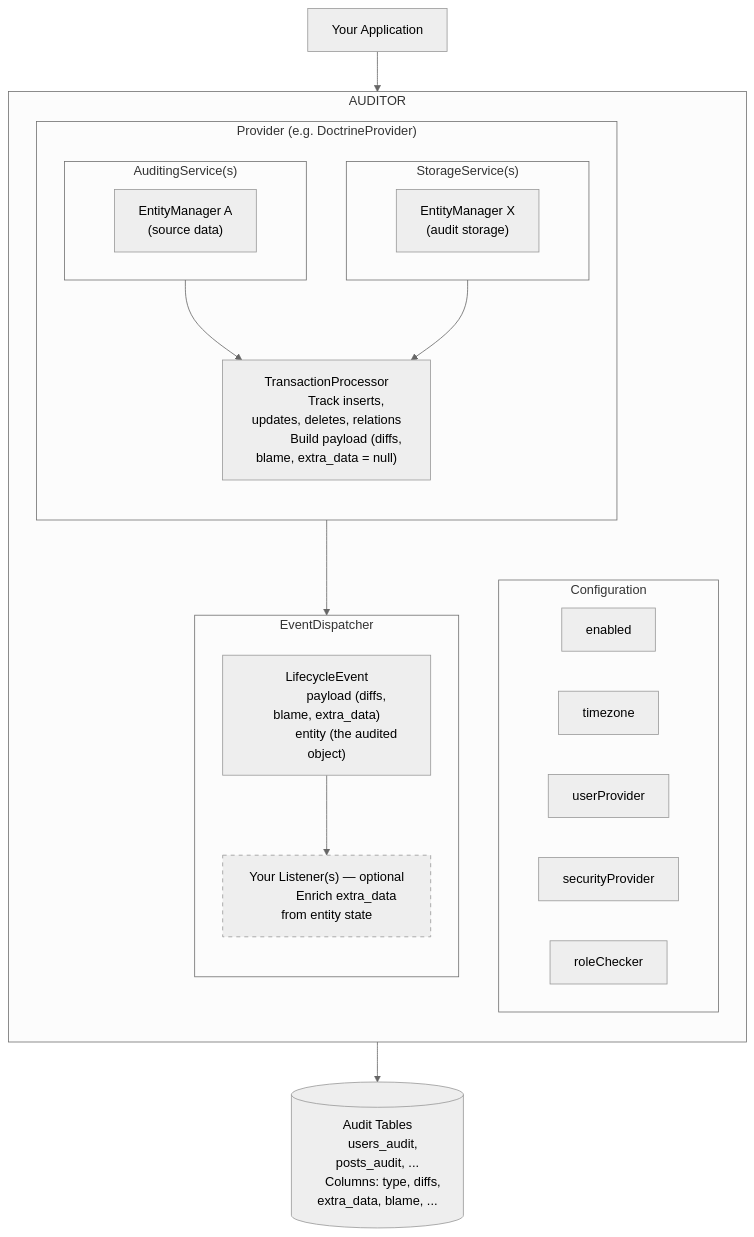
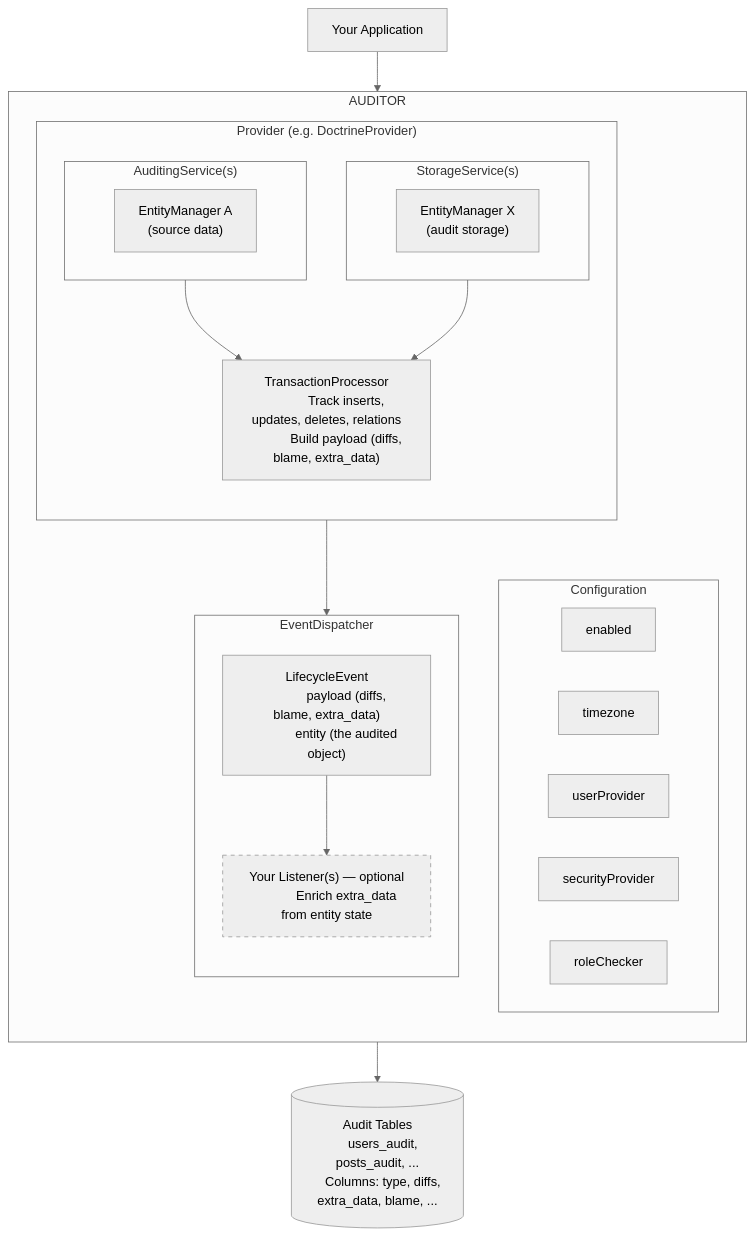
Before and after one commit to DamienHarper/auditor: the diagram in docs/index.md, drawn with Mermaid (neutral theme). The commit also changed other lines of this file and 4 other files, not shown here.

````diff
--- a/docs/index.md
+++ b/docs/index.md
@@ -36,60 +36,60 @@
 ```mermaid
 flowchart TD
     APP["Your Application"] --> AUDITOR
 
     subgraph AUDITOR["AUDITOR"]
         direction TB
 
         subgraph CONFIG["Configuration"]
             direction LR
             enabled
             timezone
             userProvider
             securityProvider
             roleChecker
         end
 
         subgraph PROVIDER["Provider (e.g. DoctrineProvider)"]
             direction TB
 
             subgraph AUDITING["AuditingService(s)"]
                 EMA["EntityManager A
                 (source data)"]
             end
 
             subgraph STORAGE["StorageService(s)"]
                 EMX["EntityManager X
                 (audit storage)"]
             end
 
             AUDITING --> TP
             STORAGE --> TP
 
             TP["TransactionProcessor
             Track inserts, updates, deletes, relations
-            Build payload (diffs, blame, extra_data = null)"]
+            Build payload (diffs, blame, extra_data)"]
         end
 
         subgraph EVENTS["EventDispatcher"]
             direction TB
             TP --> LE
 
             LE["LifecycleEvent
             payload (diffs, blame, extra_data)
             entity (the audited object)"]
 
             LE --> LISTENER
 
             LISTENER["Your Listener(s) — optional
             Enrich extra_data from entity state"]:::optional
         end
     end
 
     LISTENER --> DB
 
     DB[("Audit Tables
     users_audit, posts_audit, ...
     Columns: type, diffs, extra_data, blame, ...")]
 
     classDef optional stroke-dasharray: 5 5
 ```
````
